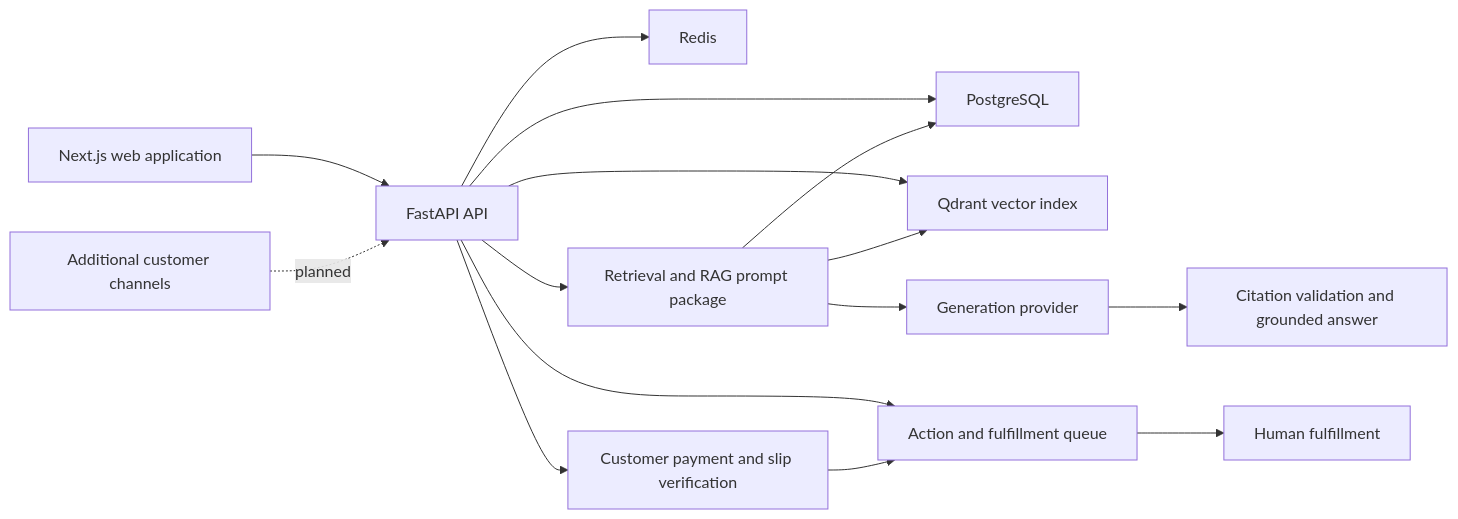
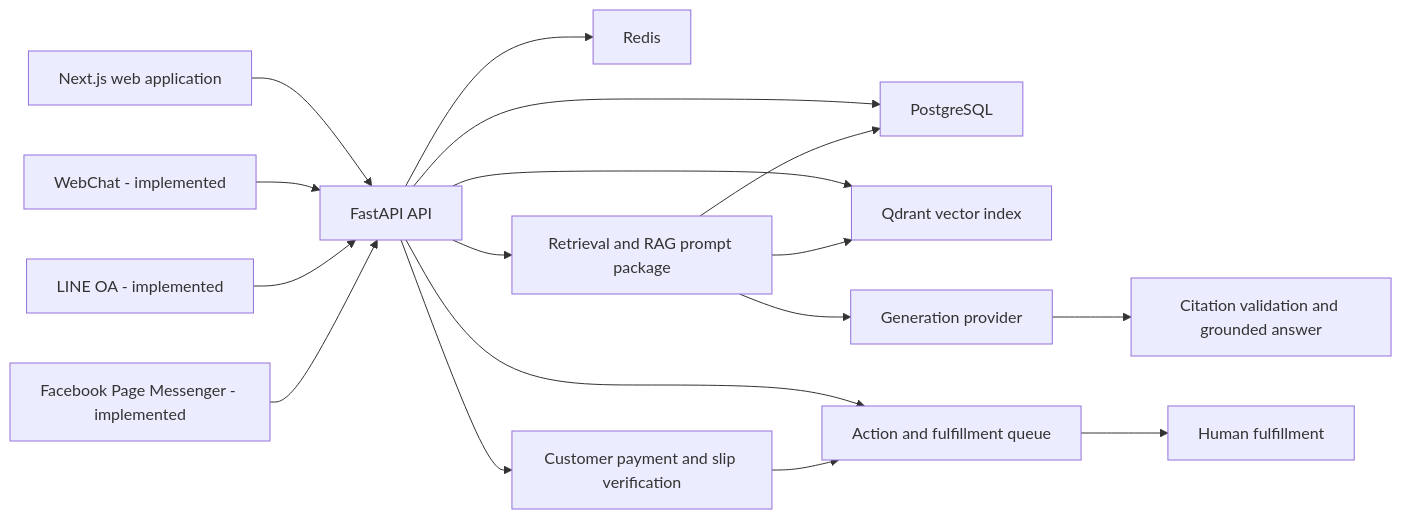
The first of 2 diagrams in README.md (nontawatpoonkong/oneinflowai-platform), drawn with Mermaid before and after one commit. The commit also changed other lines of this file and 40 other files, not shown here.

Commit message:
feat(channels): add LINE and Facebook integrations

````diff
--- a/README.md
+++ b/README.md
@@ -11,17 +11,19 @@
 ```mermaid
 flowchart LR
     UI["Next.js web application"] --> API["FastAPI API"]
     API --> PG["PostgreSQL"]
     API --> Redis["Redis"]
     API --> Qdrant["Qdrant vector index"]
     API --> RAG["Retrieval and RAG prompt package"]
     RAG --> Qdrant
     RAG --> PG
     RAG --> LLM["Generation provider"]
     LLM --> Validation["Citation validation and grounded answer"]
     API --> Queue["Action and fulfillment queue"]
     Queue --> Staff["Human fulfillment"]
     API --> Payment["Customer payment and slip verification"]
     Payment --> Queue
-    Channels["Additional customer channels"] -. "planned" .-> API
+    WebChat["WebChat - implemented"] --> API
+    LINE["LINE OA - implemented"] --> API
+    Facebook["Facebook Page Messenger - implemented"] --> API
 ```
````
